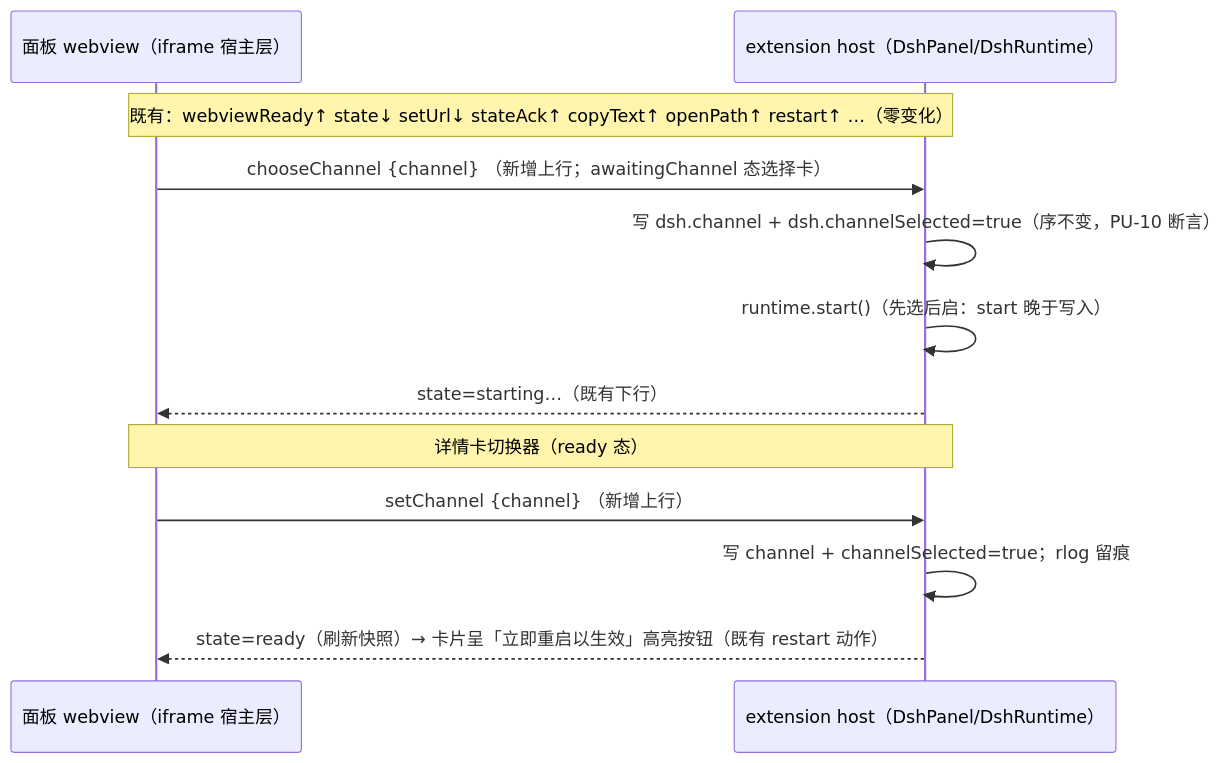
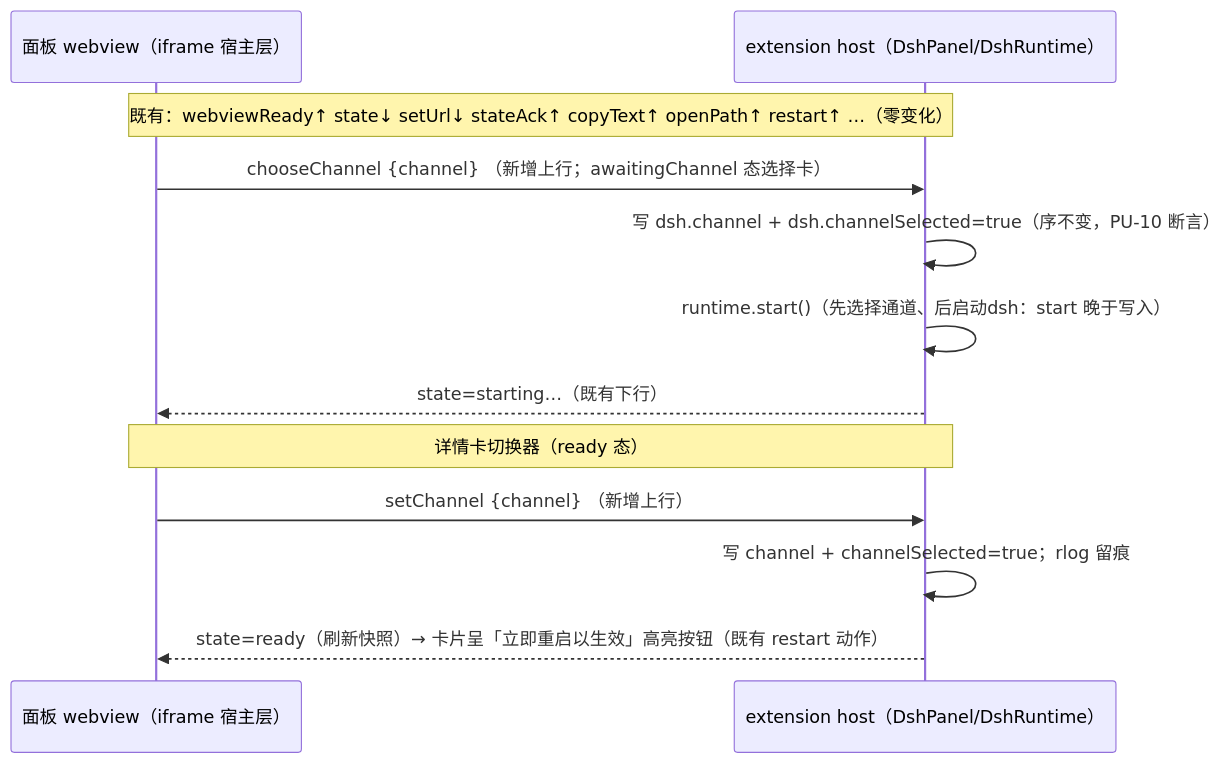
Before and after one commit to baikangwang/dsh-vscode-agent: the second of 2 diagrams in docs/0.1.15修复设计-真机验收问题.md, drawn with Mermaid. The commit also changed other lines of this file and 29 other files, not shown here.

````diff
--- a/docs/0.1.15修复设计-真机验收问题.md
+++ b/docs/0.1.15修复设计-真机验收问题.md
@@ -206,14 +206,14 @@
 ```mermaid
 sequenceDiagram
     participant W as 面板 webview（iframe 宿主层）
     participant E as extension host（DshPanel/DshRuntime）
     Note over W,E: 既有：webviewReady↑ state↓ setUrl↓ stateAck↑ copyText↑ openPath↑ restart↑ …（零变化）
     W->>E: chooseChannel {channel} （新增上行；awaitingChannel 态选择卡）
     E->>E: 写 dsh.channel + dsh.channelSelected=true（序不变，PU-10 断言）
-    E->>E: runtime.start()（先选后启：start 晚于写入）
+    E->>E: runtime.start()（先选择通道、后启动dsh：start 晚于写入）
     E-->>W: state=starting…（既有下行）
     Note over W,E: 详情卡切换器（ready 态）
     W->>E: setChannel {channel} （新增上行）
     E->>E: 写 channel + channelSelected=true；rlog 留痕
     E-->>W: state=ready（刷新快照）→ 卡片呈「立即重启以生效」高亮按钮（既有 restart 动作）
 ```
````
